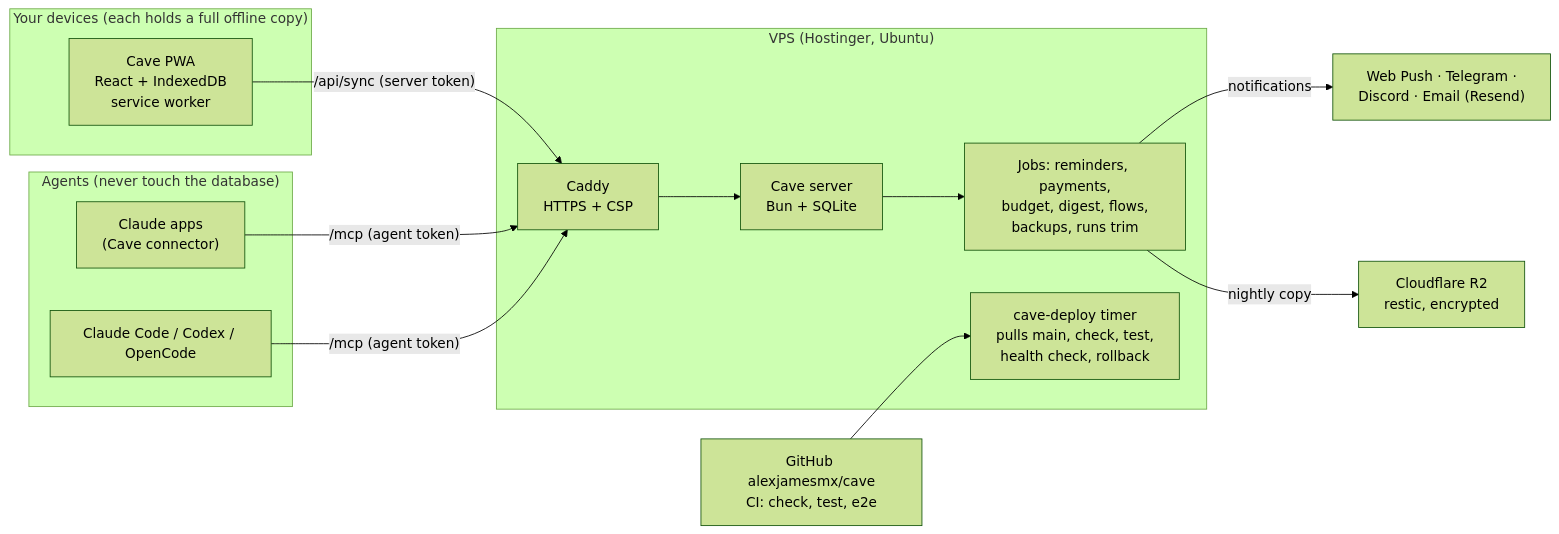
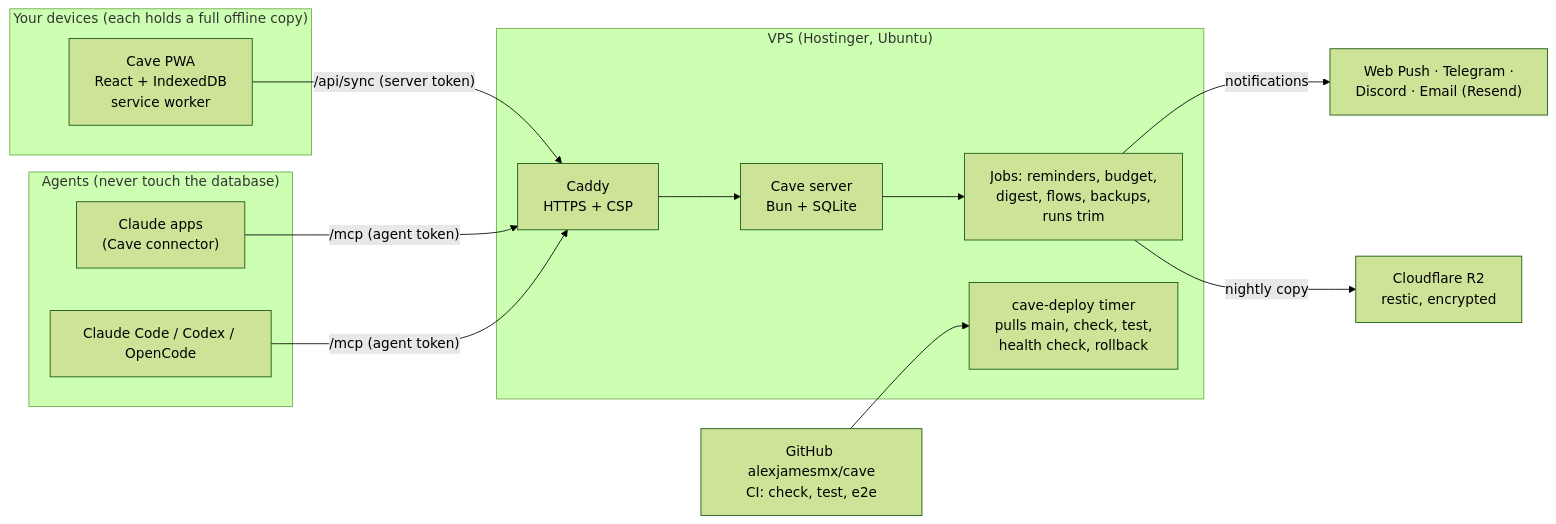
One commit to alexjamesmx/cave changed the first of 2 diagrams in docs/onboarding.md. Above: the diagram before and after it, drawn with Mermaid (forest theme). The commit also changed 20 other files, not shown here.

````diff
--- a/docs/onboarding.md
+++ b/docs/onboarding.md
@@ -7,21 +7,21 @@
 ```mermaid
 flowchart LR
   subgraph Devices["Your devices (each holds a full offline copy)"]
     PWA["Cave PWA<br/>React + IndexedDB<br/>service worker"]
   end
   subgraph VPS["VPS (Hostinger, Ubuntu)"]
     Caddy["Caddy<br/>HTTPS + CSP"] --> Server["Cave server<br/>Bun + SQLite"]
-    Server --> Jobs["Jobs: reminders, payments,<br/>budget, digest, flows,<br/>backups, runs trim"]
+    Server --> Jobs["Jobs: reminders, budget,<br/>digest, flows, backups,<br/>runs trim"]
     Deploy["cave-deploy timer<br/>pulls main, check, test,<br/>health check, rollback"]
   end
   subgraph Agents["Agents (never touch the database)"]
     ClaudeApp["Claude apps<br/>(Cave connector)"]
     ClaudeCode["Claude Code / Codex / OpenCode"]
   end
   PWA -- "/api/sync (server token)" --> Caddy
   ClaudeApp -- "/mcp (agent token)" --> Caddy
   ClaudeCode -- "/mcp (agent token)" --> Caddy
   GitHub["GitHub alexjamesmx/cave<br/>CI: check, test, e2e"] --> Deploy
   Jobs -- "notifications" --> Channels["Web Push · Telegram ·<br/>Discord · Email (Resend)"]
   Jobs -- "nightly copy" --> R2["Cloudflare R2<br/>restic, encrypted"]
 ```
````
